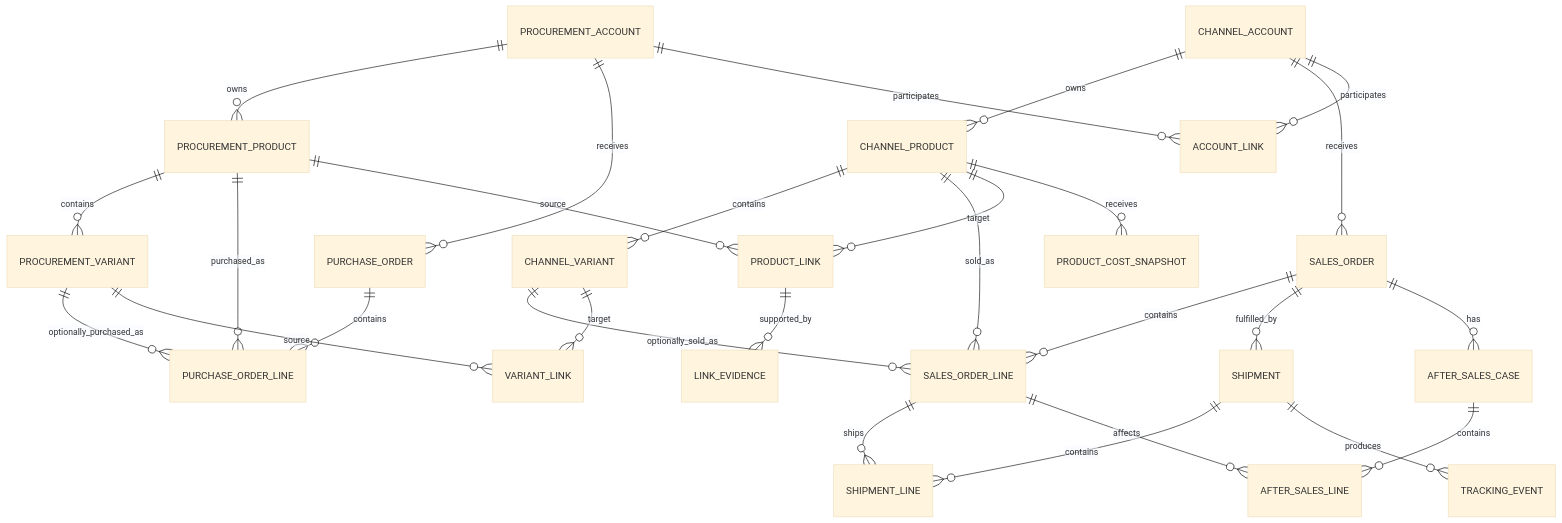
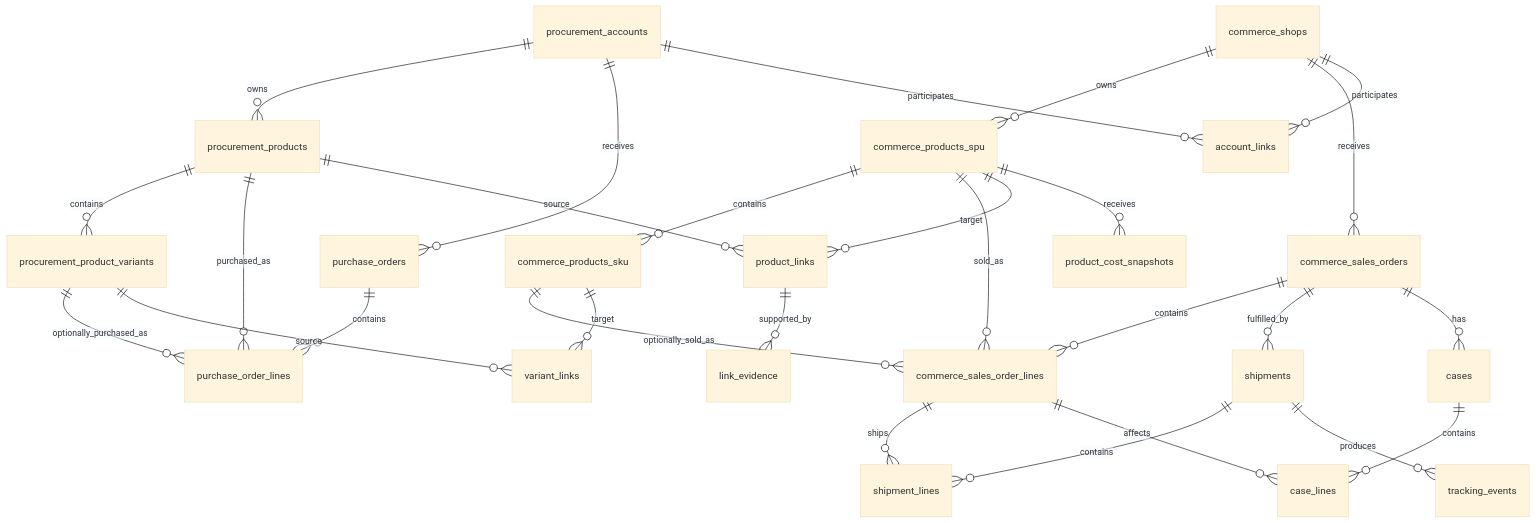
Before and after one commit to brakchen/tts-erp: the diagram in tech-doc/data-model-target-v3.md, drawn with Mermaid (base theme). The commit also changed other lines of this file and 22 other files, not shown here.

````diff
--- a/tech-doc/data-model-target-v3.md
+++ b/tech-doc/data-model-target-v3.md
@@ -832,37 +862,37 @@
 ```mermaid
 erDiagram
-    CHANNEL_ACCOUNT ||--o{ CHANNEL_PRODUCT : owns
-    CHANNEL_PRODUCT ||--o{ CHANNEL_VARIANT : contains
-    CHANNEL_ACCOUNT ||--o{ SALES_ORDER : receives
-    SALES_ORDER ||--o{ SALES_ORDER_LINE : contains
-    CHANNEL_PRODUCT ||--o{ SALES_ORDER_LINE : sold_as
-    CHANNEL_VARIANT ||--o{ SALES_ORDER_LINE : optionally_sold_as
+    commerce_shops ||--o{ commerce_products_spu : owns
+    commerce_products_spu ||--o{ commerce_products_sku : contains
+    commerce_shops ||--o{ commerce_sales_orders : receives
+    commerce_sales_orders ||--o{ commerce_sales_order_lines : contains
+    commerce_products_spu ||--o{ commerce_sales_order_lines : sold_as
+    commerce_products_sku ||--o{ commerce_sales_order_lines : optionally_sold_as
 
-    PROCUREMENT_ACCOUNT ||--o{ PROCUREMENT_PRODUCT : owns
-    PROCUREMENT_PRODUCT ||--o{ PROCUREMENT_VARIANT : contains
-    PROCUREMENT_ACCOUNT ||--o{ PURCHASE_ORDER : receives
-    PURCHASE_ORDER ||--o{ PURCHASE_ORDER_LINE : contains
-    PROCUREMENT_PRODUCT ||--o{ PURCHASE_ORDER_LINE : purchased_as
-    PROCUREMENT_VARIANT ||--o{ PURCHASE_ORDER_LINE : optionally_purchased_as
+    procurement_accounts ||--o{ procurement_products : owns
+    procurement_products ||--o{ procurement_product_variants : contains
+    procurement_accounts ||--o{ purchase_orders : receives
+    purchase_orders ||--o{ purchase_order_lines : contains
+    procurement_products ||--o{ purchase_order_lines : purchased_as
+    procurement_product_variants ||--o{ purchase_order_lines : optionally_purchased_as
 
-    PROCUREMENT_ACCOUNT ||--o{ ACCOUNT_LINK : participates
-    CHANNEL_ACCOUNT ||--o{ ACCOUNT_LINK : participates
+    procurement_accounts ||--o{ account_links : participates
+    commerce_shops ||--o{ account_links : participates
 
-    PROCUREMENT_PRODUCT ||--o{ PRODUCT_LINK : source
-    CHANNEL_PRODUCT ||--o{ PRODUCT_LINK : target
-    PRODUCT_LINK ||--o{ LINK_EVIDENCE : supported_by
+    procurement_products ||--o{ product_links : source
+    commerce_products_spu ||--o{ product_links : target
+    product_links ||--o{ link_evidence : supported_by
 
-    PROCUREMENT_VARIANT ||--o{ VARIANT_LINK : source
-    CHANNEL_VARIANT ||--o{ VARIANT_LINK : target
+    procurement_product_variants ||--o{ variant_links : source
+    commerce_products_sku ||--o{ variant_links : target
 
-    SALES_ORDER ||--o{ SHIPMENT : fulfilled_by
-    SHIPMENT ||--o{ SHIPMENT_LINE : contains
-    SALES_ORDER_LINE ||--o{ SHIPMENT_LINE : ships
-    SHIPMENT ||--o{ TRACKING_EVENT : produces
+    commerce_sales_orders ||--o{ shipments : fulfilled_by
+    shipments ||--o{ shipment_lines : contains
+    commerce_sales_order_lines ||--o{ shipment_lines : ships
+    shipments ||--o{ tracking_events : produces
 
-    SALES_ORDER ||--o{ AFTER_SALES_CASE : has
-    AFTER_SALES_CASE ||--o{ AFTER_SALES_LINE : contains
-    SALES_ORDER_LINE ||--o{ AFTER_SALES_LINE : affects
+    commerce_sales_orders ||--o{ cases : has
+    cases ||--o{ case_lines : contains
+    commerce_sales_order_lines ||--o{ case_lines : affects
 
-    CHANNEL_PRODUCT ||--o{ PRODUCT_COST_SNAPSHOT : receives
+    commerce_products_spu ||--o{ product_cost_snapshots : receives
 ```
````
